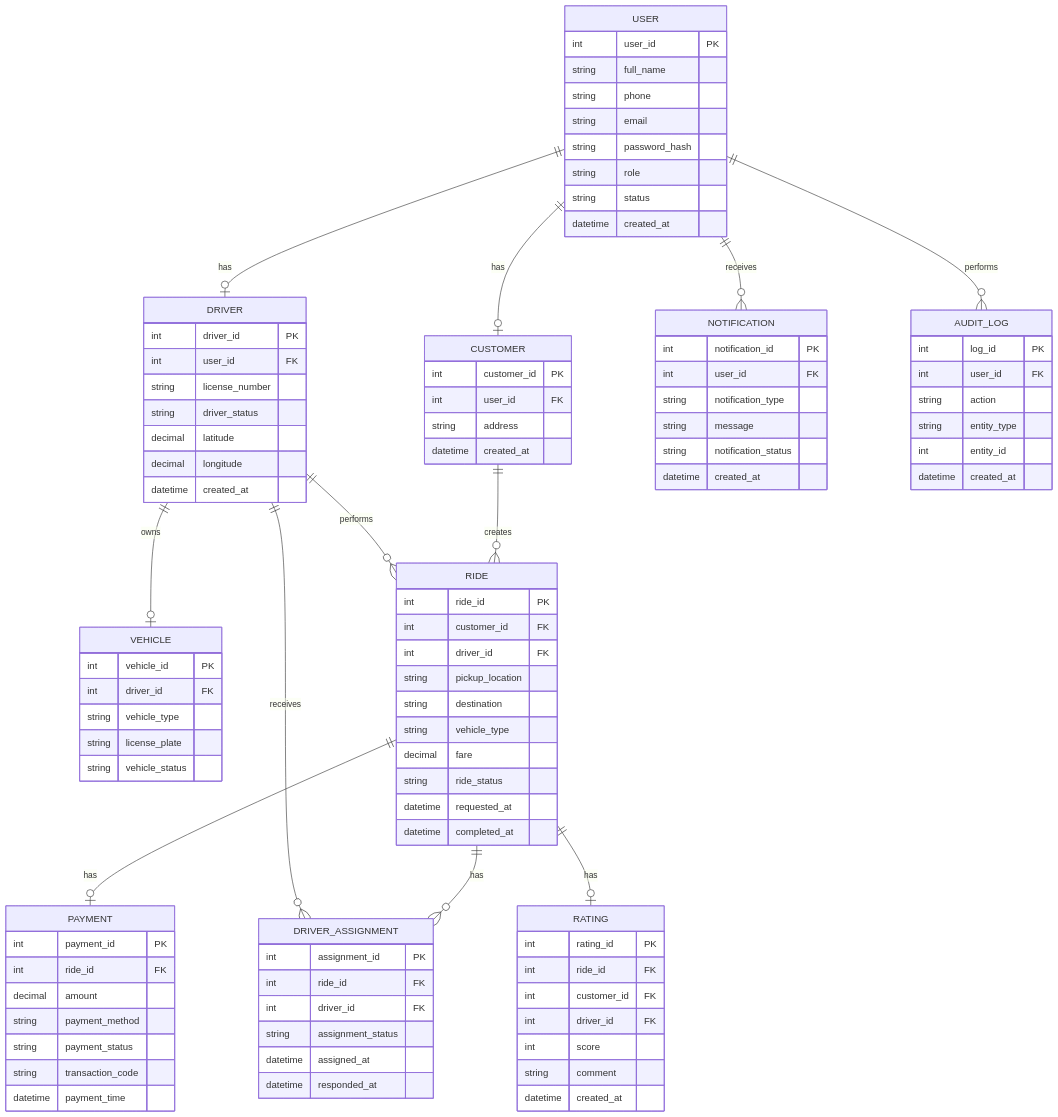
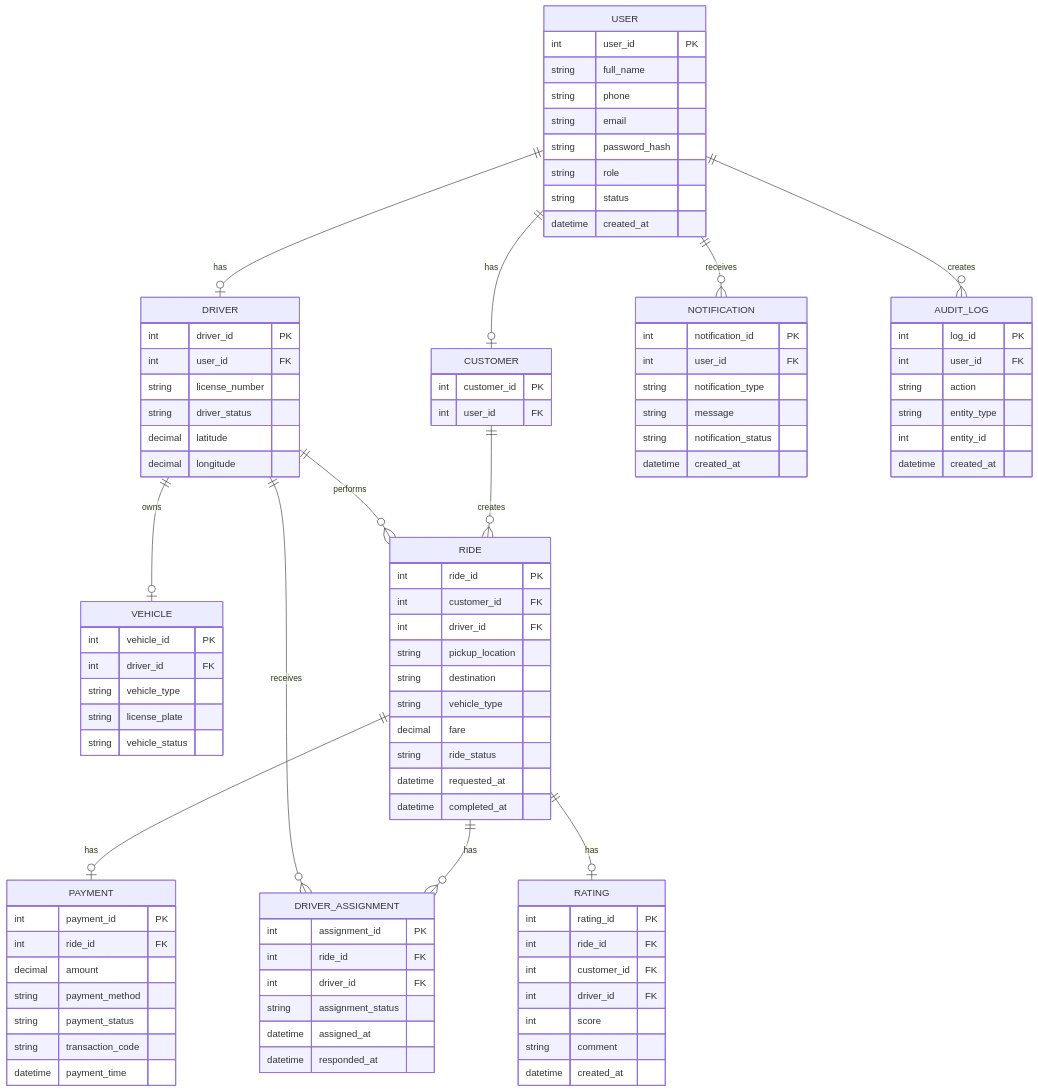
One commit to tuyetsang-sun/23663021_DaoThiTuyetSang_CABSYSTEM changed the sixth of 7 diagrams in SRS.md. Above: the diagram before and after it, drawn with Mermaid. The commit also changed other lines of this file, not shown here.

````diff
--- a/SRS.md
+++ b/SRS.md
@@ -969,22 +942,22 @@
 ```mermaid
 erDiagram
 
-    USER ||--o| CUSTOMER : "has"
-    USER ||--o| DRIVER : "has"
+    USER ||--o| CUSTOMER : has
+    USER ||--o| DRIVER : has
 
-    DRIVER ||--o| VEHICLE : "owns"
+    DRIVER ||--o| VEHICLE : owns
 
-    CUSTOMER ||--o{ RIDE : "creates"
-    DRIVER ||--o{ RIDE : "performs"
+    CUSTOMER ||--o{ RIDE : creates
+    DRIVER ||--o{ RIDE : performs
 
-    RIDE ||--o{ DRIVER_ASSIGNMENT : "has"
-    DRIVER ||--o{ DRIVER_ASSIGNMENT : "receives"
+    RIDE ||--o{ DRIVER_ASSIGNMENT : has
+    DRIVER ||--o{ DRIVER_ASSIGNMENT : receives
 
-    RIDE ||--o| PAYMENT : "has"
-    RIDE ||--o| RATING : "has"
+    RIDE ||--o| PAYMENT : has
+    RIDE ||--o| RATING : has
 
-    USER ||--o{ NOTIFICATION : "receives"
-    USER ||--o{ AUDIT_LOG : "performs"
+    USER ||--o{ NOTIFICATION : receives
+    USER ||--o{ AUDIT_LOG : creates
 
     USER {
         int user_id PK
@@ -1000,8 +973,6 @@
     CUSTOMER {
         int customer_id PK
         int user_id FK
-        string address
-        datetime created_at
     }
 
     DRIVER {
@@ -1011,7 +982,6 @@
         string driver_status
         decimal latitude
         decimal longitude
-        datetime created_at
     }
 
     VEHICLE {
````
